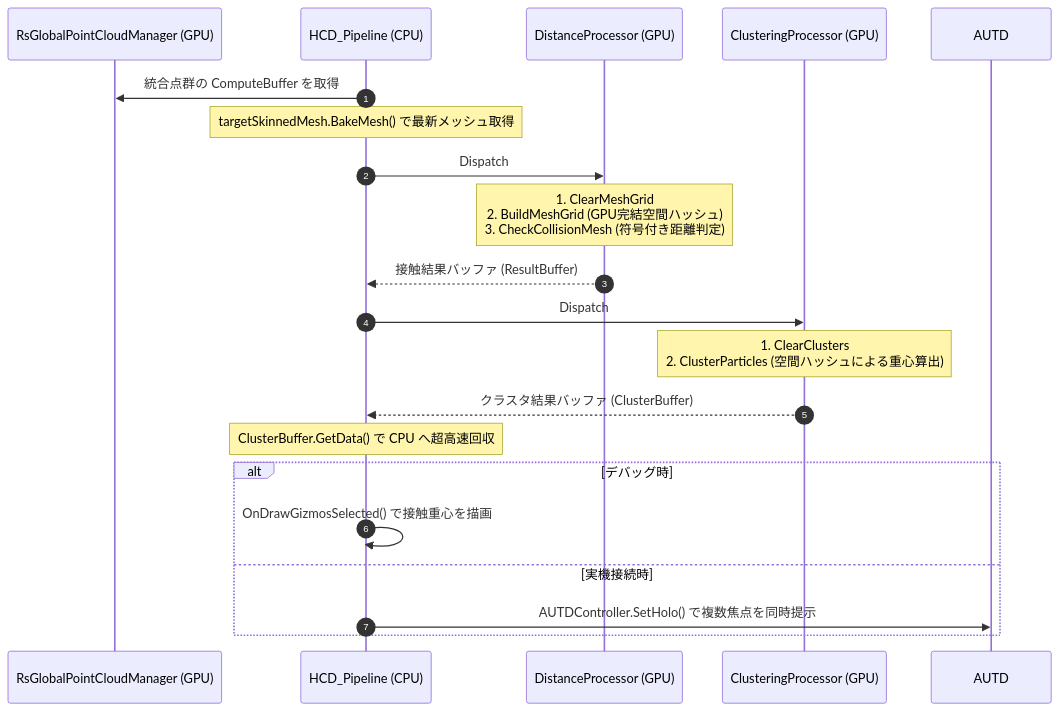
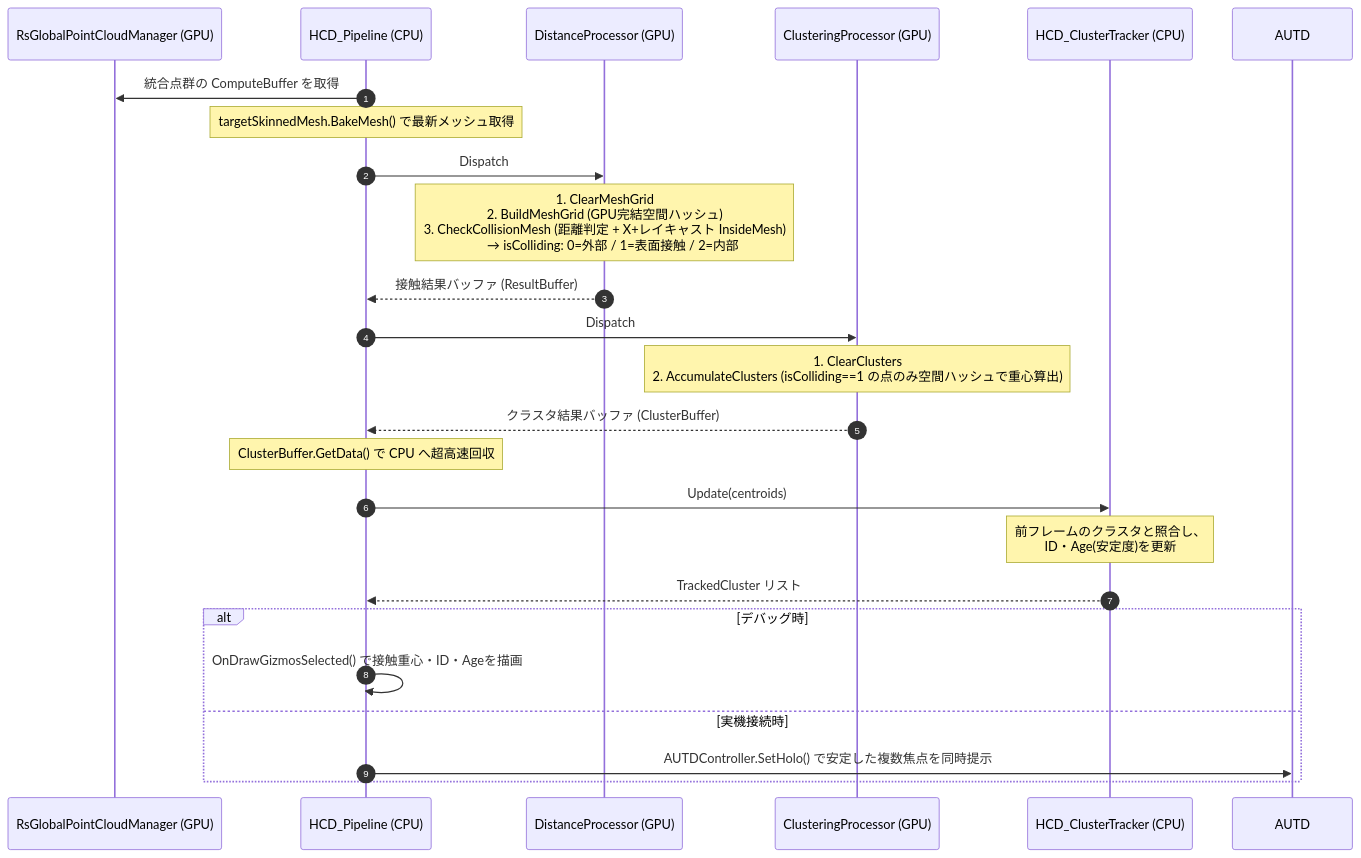
Before and after one commit to kotetsuOU/HandTrakingDemo: the diagram in Docs/Collision.md, drawn with Mermaid. The commit also changed other lines of this file and 8 other files, not shown here.

````diff
--- a/Docs/Collision.md
+++ b/Docs/Collision.md
@@ -142,26 +161,31 @@
 ```mermaid
 sequenceDiagram
     autonumber
     participant Global as RsGlobalPointCloudManager (GPU)
     participant Pipeline as HCD_Pipeline (CPU)
     participant Dist as DistanceProcessor (GPU)
     participant Clust as ClusteringProcessor (GPU)
+    participant Tracker as HCD_ClusterTracker (CPU)
 
     Pipeline->>Global: 統合点群の ComputeBuffer を取得
     Note over Pipeline: targetSkinnedMesh.BakeMesh() で最新メッシュ取得
     
     Pipeline->>Dist: Dispatch
-    Note over Dist: 1. ClearMeshGrid<br/>2. BuildMeshGrid (GPU完結空間ハッシュ)<br/>3. CheckCollisionMesh (符号付き距離判定)
+    Note over Dist: 1. ClearMeshGrid<br/>2. BuildMeshGrid (GPU完結空間ハッシュ)<br/>3. CheckCollisionMesh (距離判定 + X+レイキャスト InsideMesh)<br/>　 → isColliding: 0=外部 / 1=表面接触 / 2=内部
     Dist-->>Pipeline: 接触結果バッファ (ResultBuffer)
     
     Pipeline->>Clust: Dispatch
-    Note over Clust: 1. ClearClusters<br/>2. ClusterParticles (空間ハッシュによる重心算出)
+    Note over Clust: 1. ClearClusters<br/>2. AccumulateClusters (isColliding==1 の点のみ空間ハッシュで重心算出)
     Clust-->>Pipeline: クラスタ結果バッファ (ClusterBuffer)
     
     Note over Pipeline: ClusterBuffer.GetData() で CPU へ超高速回収
+    Pipeline->>Tracker: Update(centroids)
+    Note over Tracker: 前フレームのクラスタと照合し、<br/>ID・Age(安定度)を更新
+    Tracker-->>Pipeline: TrackedCluster リスト
+
     alt デバッグ時
-        Pipeline->>Pipeline: OnDrawGizmosSelected() で接触重心を描画
+        Pipeline->>Pipeline: OnDrawGizmosSelected() で接触重心・ID・Ageを描画
     else 実機接続時
-        Pipeline->>AUTD: AUTDController.SetHolo() で複数焦点を同時提示
+        Pipeline->>AUTD: AUTDController.SetHolo() で安定した複数焦点を同時提示
     end
 ```
````
